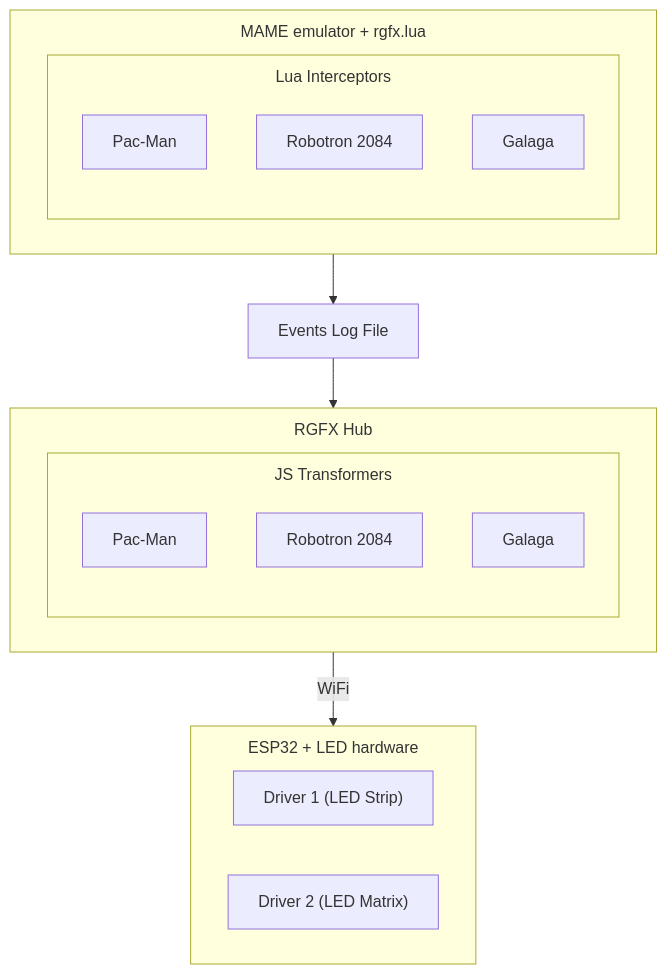
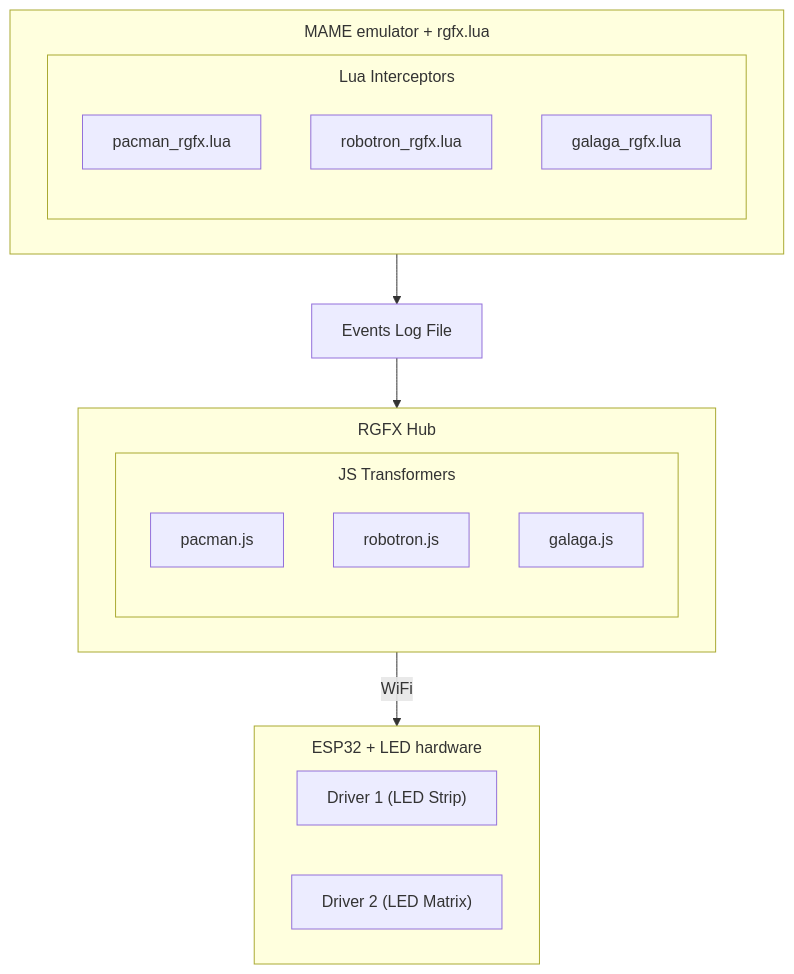
Before and after one commit to mfurniss/rgfx: the diagram in public-docs/docs/index.md, drawn with Mermaid. The commit also changed other lines of this file and 81 other files, not shown here.

````diff
--- a/public-docs/docs/index.md
+++ b/public-docs/docs/index.md
@@ -27,35 +29,35 @@
 ```mermaid
 ---
 config:
   flowchart:
     subGraphTitleMargin:
       top: 10
 ---
 flowchart TB
     subgraph MAME["MAME emulator + rgfx.lua"]
-        subgraph Interceptors[Lua Interceptors]
-            I1[Pac-Man]
-            I2[Robotron 2084]
-            I3[Galaga]
+        subgraph Interceptors["Lua Interceptors"]
+            I1[pacman_rgfx.lua]
+            I2[robotron_rgfx.lua]
+            I3[galaga_rgfx.lua]
         end
     end
 
     MAME --> Log[Events Log File]
 
     subgraph Hub["RGFX Hub"]
-        subgraph Transformers[JS Transformers]
-            T1[Pac-Man]
-            T2[Robotron 2084]
-            T3[Galaga]
+        subgraph Transformers["JS Transformers"]
+            T1[pacman.js]
+            T2[robotron.js]
+            T3[galaga.js]
         end
     end
 
     Log --> Hub
 
     subgraph Drivers["ESP32 + LED hardware"]
       D1["Driver 1 (LED Strip)"]
       D2["Driver 2 (LED Matrix)"]
     end
 
     Hub -->|WiFi| Drivers
 ```
````
